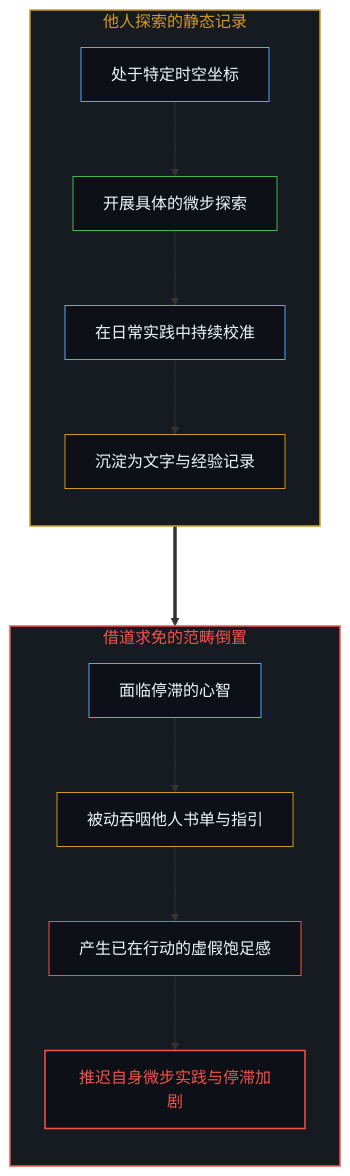
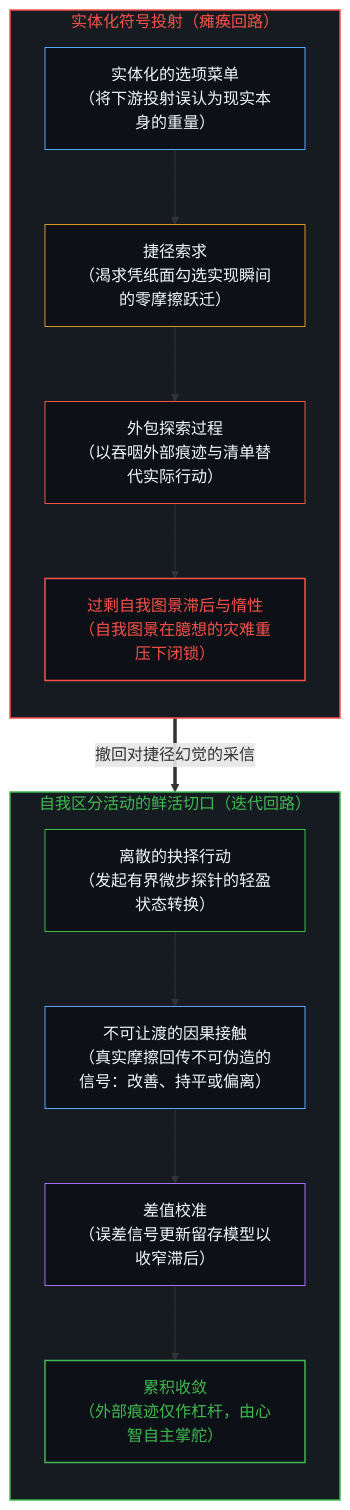
One commit to powerpig99/not-a-toe changed the first of 2 diagrams in content/posts/choice-itself-has-no-inherent-weight.md. Above: the diagram before and after it, drawn with Mermaid. The commit also changed other lines of this file and 1 other file, not shown here.

````diff
--- a/content/posts/choice-itself-has-no-inherent-weight.md
+++ b/content/posts/choice-itself-has-no-inherent-weight.md
@@ -15,29 +21,33 @@
 ```mermaid
-graph TD
-    subgraph S_Other ["他人探索的静态记录"]
+flowchart TD
+    subgraph S_Projection["实体化符号投射（瘫痪回路）"]
         direction TB
-        O_Context["处于特定时空坐标"] --> O_Explore["开展具体的微步探索"]
-        O_Explore --> O_Adjust["在日常实践中持续校准"]
-        O_Adjust --> O_Trace["沉淀为文字与经验记录"]
+        P_Menu["实体化的选项菜单<br/>（将下游投射误认为现实本身的重量）"]
+        P_Demand["捷径索求<br/>（渴求凭纸面勾选实现瞬间的零摩擦跃迁）"]
+        P_Outsource["外包探索过程<br/>（以吞咽外部痕迹与清单替代实际行动）"]
+        P_Stall["过剩自我图景滞后与惰性<br/>（自我图景在臆想的灾难重压下闭锁）"]
+        P_Menu --> P_Demand --> P_Outsource --> P_Stall
     end
 
-    subgraph S_Inversion ["借道求免的范畴倒置"]
+    subgraph S_Edge["自我区分活动的鲜活切口（迭代回路）"]
         direction TB
-        I_Seek["面临停滞的心智"] --> I_Consume["被动吞咽他人书单与指引"]
-        I_Consume --> I_Illusion["产生已在行动的虚假饱足感"]
-        I_Illusion --> I_Paralysis["推迟自身微步实践与停滞加剧"]
+        E_Act["离散的抉择行动<br/>（发起有界微步探针的轻盈状态转换）"]
+        E_Contact["不可让渡的因果接触<br/>（真实摩擦回传不可伪造的信号：改善、持平或偏离）"]
+        E_Gradient["差值校准<br/>（误差信号更新留存模型以收窄滞后）"]
+        E_Converge["累积收敛<br/>（外部痕迹仅作杠杆，由心智自主掌舵）"]
+        E_Act --> E_Contact --> E_Gradient --> E_Converge
     end
 
-    O_Trace ===> I_Seek
+    P_Stall ==>|"撤回对捷径幻觉的采信"| E_Act
 
-    style S_Other fill:#161b22,stroke:#d29922,stroke-width:1.5px,color:#d29922
-    style S_Inversion fill:#161b22,stroke:#f85149,stroke-width:1.5px,color:#f85149
-    style O_Context fill:#0d1117,stroke:#58a6ff,stroke-width:1px,color:#f0f6fc
-    style O_Explore fill:#0d1117,stroke:#3fb950,stroke-width:1px,color:#f0f6fc
-    style O_Adjust fill:#0d1117,stroke:#58a6ff,stroke-width:1px,color:#f0f6fc
-    style O_Trace fill:#0d1117,stroke:#d29922,stroke-width:1px,color:#f0f6fc
-    style I_Seek fill:#0d1117,stroke:#58a6ff,stroke-width:1px,color:#f0f6fc
-    style I_Consume fill:#0d1117,stroke:#d29922,stroke-width:1px,color:#f0f6fc
-    style I_Illusion fill:#0d1117,stroke:#f85149,stroke-width:1px,color:#f0f6fc
-    style I_Paralysis fill:#0d1117,stroke:#f85149,stroke-width:1.5px,color:#f85149
+    style S_Projection fill:#161b22,stroke:#f85149,stroke-width:1.5px,color:#f85149
+    style S_Edge fill:#161b22,stroke:#3fb950,stroke-width:1.5px,color:#3fb950
+    style P_Menu fill:#0d1117,stroke:#58a6ff,stroke-width:1px,color:#f0f6fc
+    style P_Demand fill:#0d1117,stroke:#d29922,stroke-width:1px,color:#f0f6fc
+    style P_Outsource fill:#0d1117,stroke:#f85149,stroke-width:1px,color:#f0f6fc
+    style P_Stall fill:#0d1117,stroke:#f85149,stroke-width:1.5px,color:#f85149
+    style E_Act fill:#0d1117,stroke:#3fb950,stroke-width:1px,color:#f0f6fc
+    style E_Contact fill:#0d1117,stroke:#58a6ff,stroke-width:1px,color:#f0f6fc
+    style E_Gradient fill:#0d1117,stroke:#a371f7,stroke-width:1px,color:#f0f6fc
+    style E_Converge fill:#0d1117,stroke:#3fb950,stroke-width:1.5px,color:#3fb950
 ```
````
